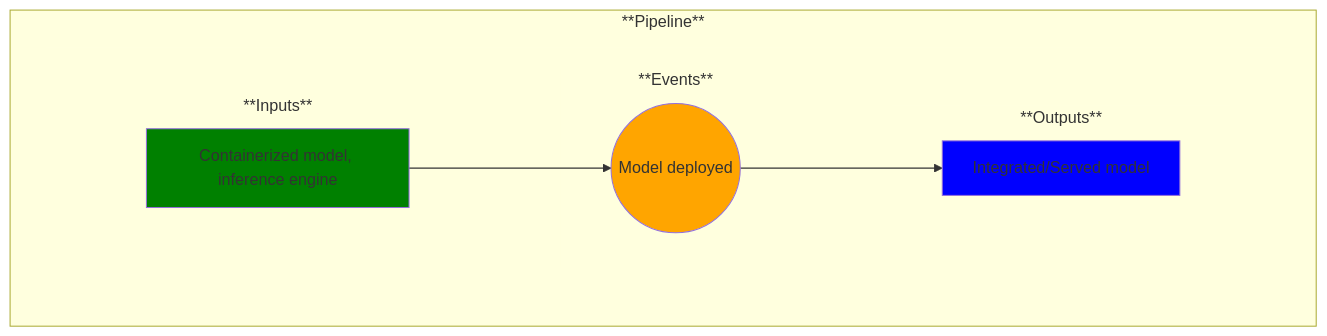
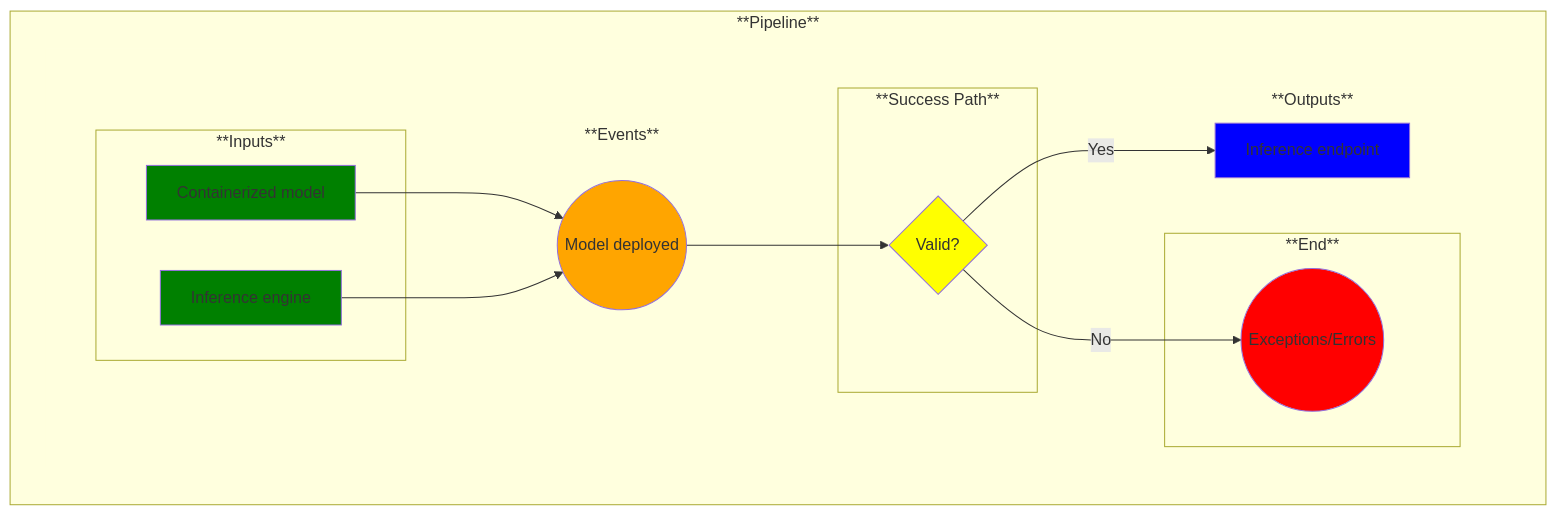
One commit to MLOps-OpenAPI/arch-diagrams changed the diagram in use-cases/19-model-deployment.md. Above: the diagram before and after it, drawn with Mermaid. The commit also changed other lines of this file, not shown here.

Commit message:
updates for issue #57

````diff
--- a/use-cases/19-model-deployment.md
+++ b/use-cases/19-model-deployment.md
@@ -15,51 +16,70 @@
 ```mermaid
 
 %% Creating a left-to-right flowchart
 %% Learn the syntax here: https://mermaid.js.org/syntax/flowchart.html
 %% Note: flowchart and graph are the same in Mermaid
 graph LR;
 
     %% Define the common flow items:
     %%A--> B
     %%B-->C
     subgraph Pipeline ["**Pipeline**"]
         
         %% Add an empty node to overcome some formatting issues
         subgraph invisibleSpace["<br/>"]
 
             %% Add the rest of the nodes
             subgraph Inputs ["**Inputs**"]
-                A
+                A1
+            end
+            subgraph Inputs ["**Inputs**"]
+                A2
             end
             subgraph Events ["**Events**"]
                 B
             end
-            subgraph Outputs ["**Outputs**"]
+            subgraph Success ["**Success Path**"]
                 C
             end
+            subgraph End ["**End**"]
+                D
+            end
+            subgraph Outputs ["**Outputs**"]
+                E
+            end
         end
-        A-->B
-        %%C--> | test text | D
+        A1-->B
+        A2-->B
+        C--> | No | D
         B-->C
-        %%D--> | test text | E
+        C--> | Yes | E
     end
 
     %% Now label and style the blocks
     %% Note: You could have done this above, but I find this to be cleaner and easier to manage
 
-    A[Containerized model, inference engine]
-    style A fill:green
+    A1[Containerized model]
+    style A1 fill:green
+
+    A2[Inference engine]
+    style A2 fill:green
 
     B((Model deployed))
     style B fill:orange
 
-    C[Integrated/Served model]
-    style C fill:blue
+    C{Valid?}
+    style C fill:yellow
+
+    D((Exceptions/Errors))
+    style D fill:red
+
+    E[Inference endpoint]
+    style E fill:blue
 
     %% Remove unnecessary box outlines
     style invisibleSpace stroke-width:0
     style Inputs stroke-width:0
     style Events stroke-width:0
     style Outputs stroke-width:0
 
 ```
````
